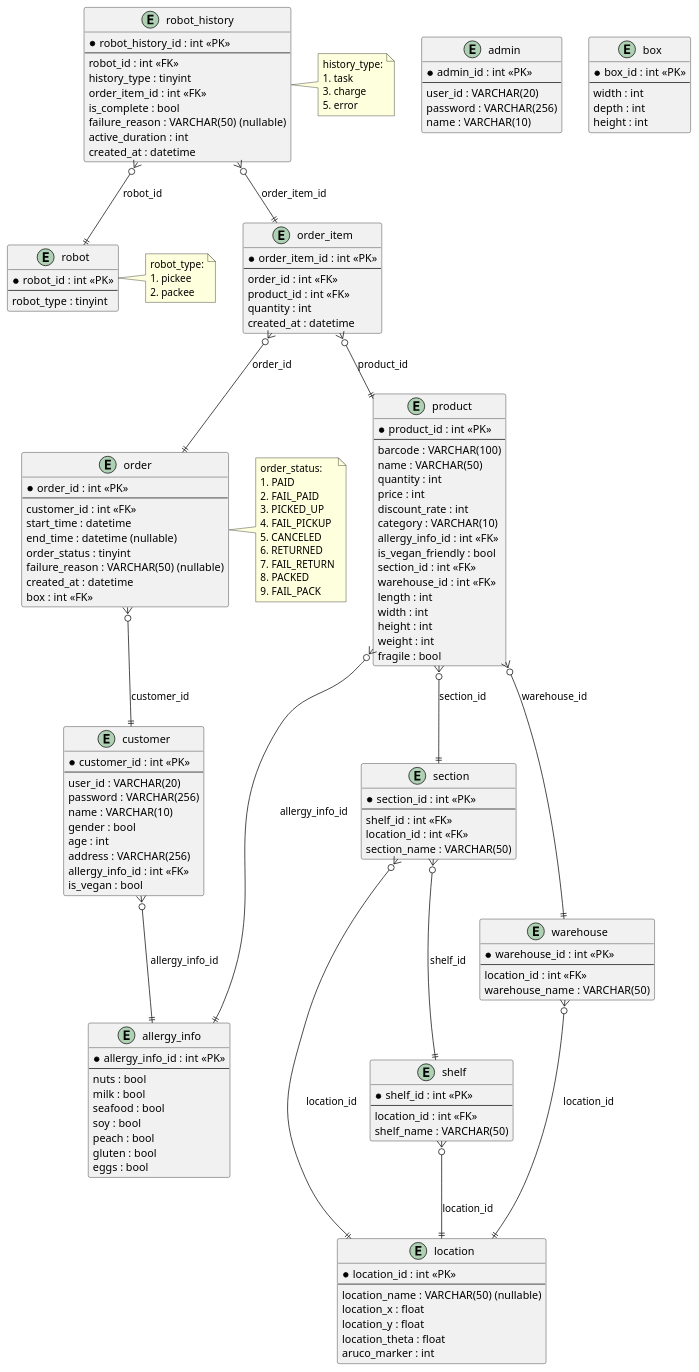
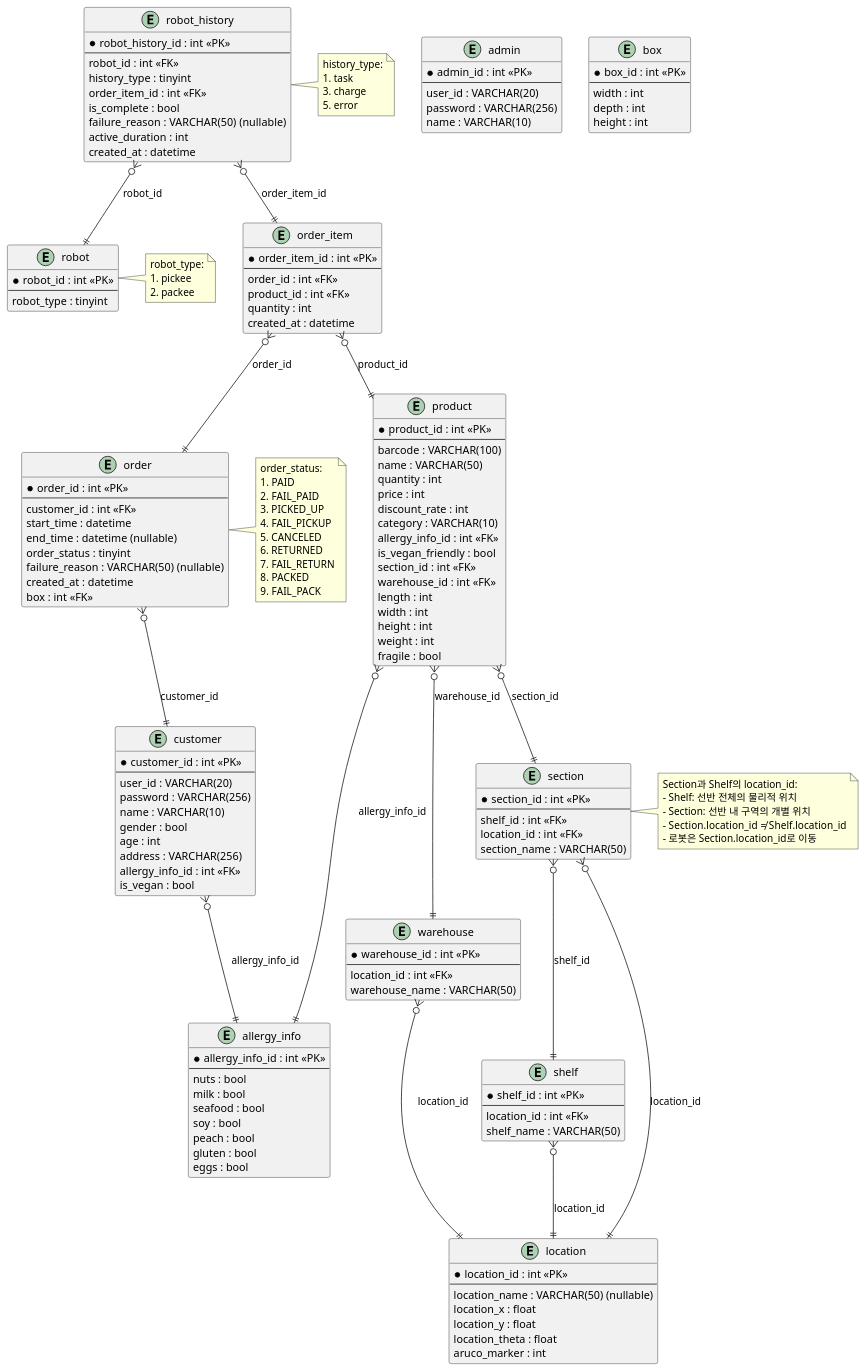
One commit to addinedu-roscamp-7th/roscamp-repo-1 changed the diagram in docs/ERDiagram/ERDiagram.md. Above: the diagram before and after it, drawn with PlantUML. The commit also changed 2 other files, not shown here.

Commit message:
[MainService] 수정

```diff
--- a/docs/ERDiagram/ERDiagram.md
+++ b/docs/ERDiagram/ERDiagram.md
@@ -185,4 +185,12 @@
   5. error
 }
 
+note right of section {
+  Section과 Shelf의 location_id:
+  - Shelf: 선반 전체의 물리적 위치
+  - Section: 선반 내 구역의 개별 위치
+  - Section.location_id ≠ Shelf.location_id
+  - 로봇은 Section.location_id로 이동
+}
+
 @enduml
```
